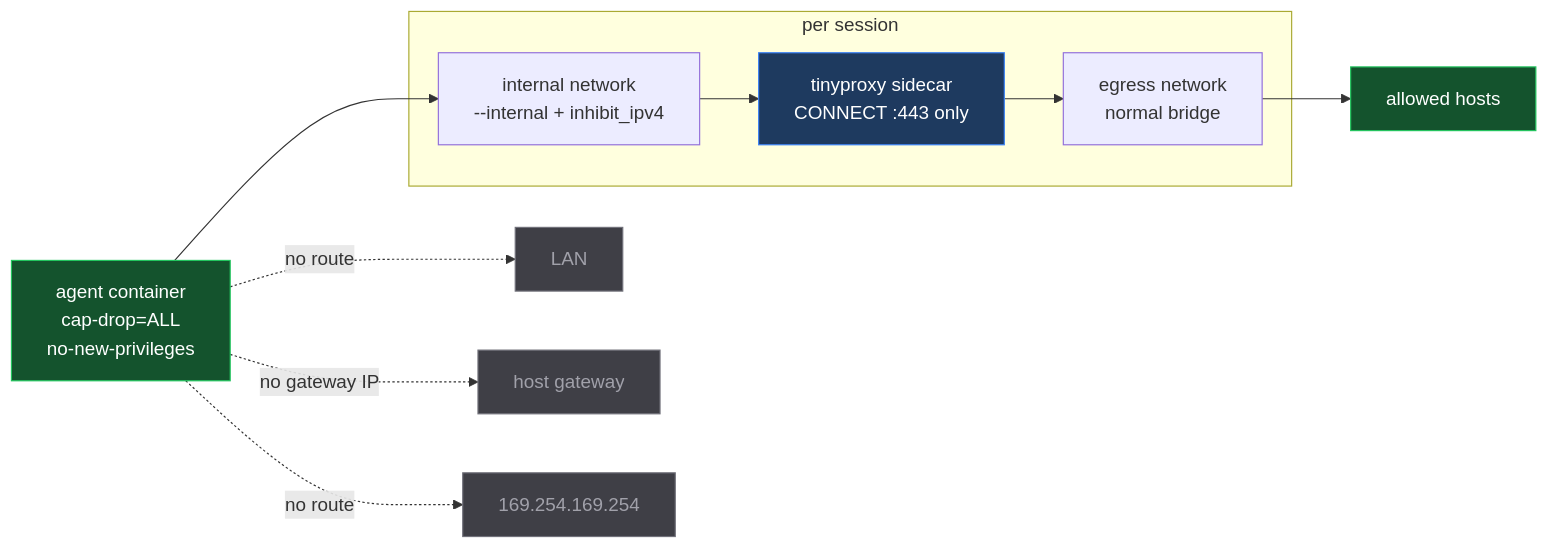
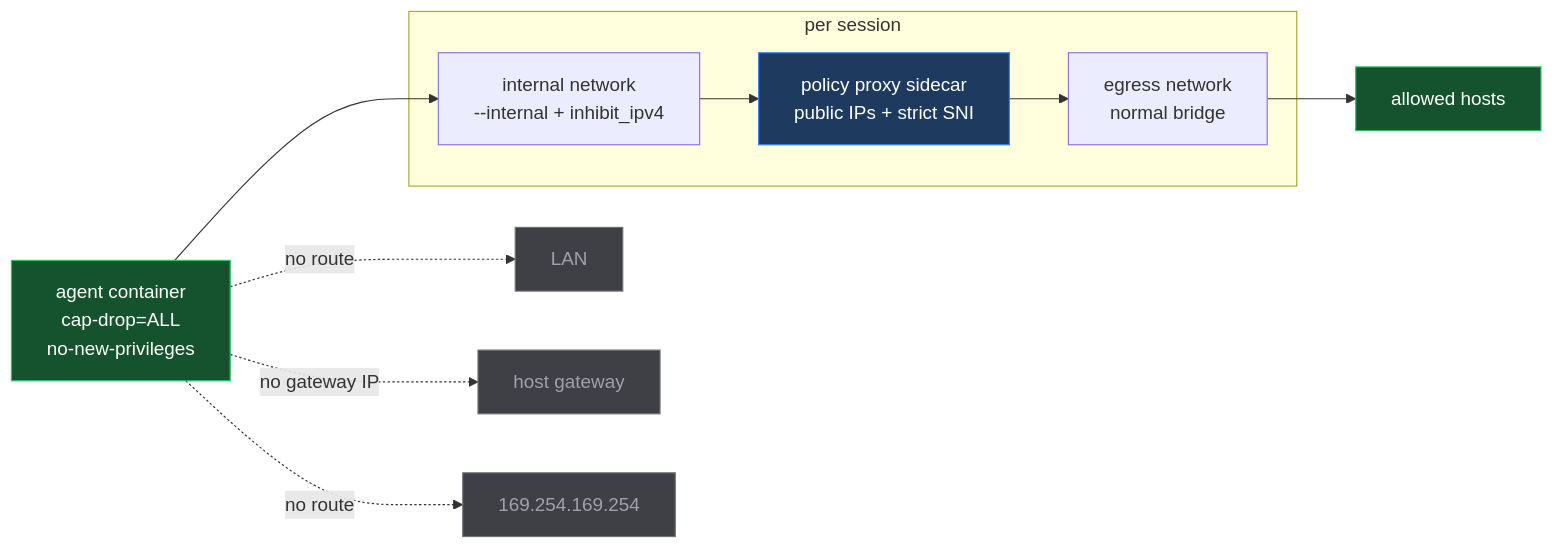
One commit to pixpilot/agent-tools changed the second of 9 diagrams in packages/coding-agent-sandbox/docs/network-hardening-plan.md. Above: the diagram before and after it, drawn with Mermaid. The commit also changed other lines of this file and 42 other files, not shown here.

````diff
--- a/packages/coding-agent-sandbox/docs/network-hardening-plan.md
+++ b/packages/coding-agent-sandbox/docs/network-hardening-plan.md
@@ -43,22 +43,22 @@
 ```mermaid
 flowchart LR
   A["agent container<br/>cap-drop=ALL<br/>no-new-privileges"] --> N1
 
   subgraph S["per session"]
-    N1["internal network<br/>--internal + inhibit_ipv4"] --> P["tinyproxy sidecar<br/>CONNECT :443 only"]
+    N1["internal network<br/>--internal + inhibit_ipv4"] --> P["policy proxy sidecar<br/>public IPs + strict SNI"]
     P --> N2["egress network<br/>normal bridge"]
   end
 
   N2 --> W["allowed hosts"]
 
   A -.->|"no route"| X1["LAN"]
   A -.->|"no gateway IP"| X2["host gateway"]
   A -.->|"no route"| X3["169.254.169.254"]
 
   style A fill:#14532d,color:#fff,stroke:#22c55e
   style P fill:#1e3a5f,color:#fff,stroke:#3b82f6
   style W fill:#14532d,color:#fff,stroke:#22c55e
   style X1 fill:#3f3f46,color:#a1a1aa,stroke:#71717a
   style X2 fill:#3f3f46,color:#a1a1aa,stroke:#71717a
   style X3 fill:#3f3f46,color:#a1a1aa,stroke:#71717a
 ```
````
